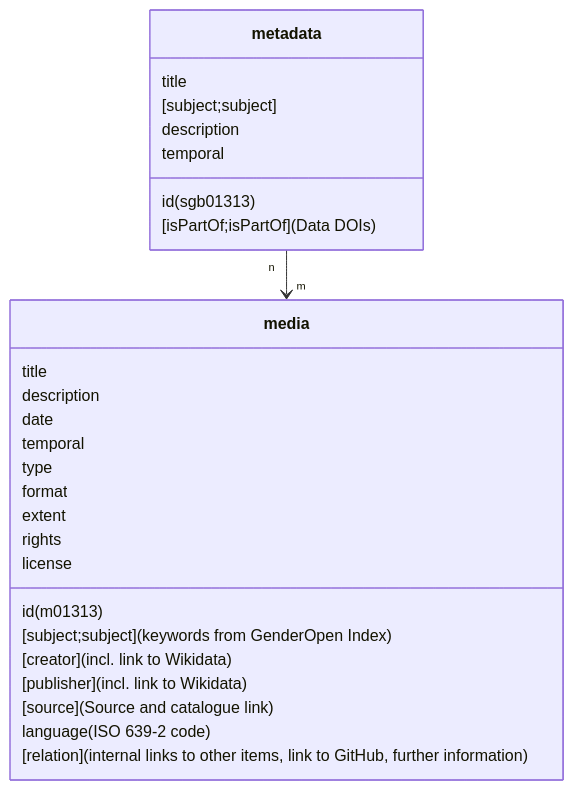
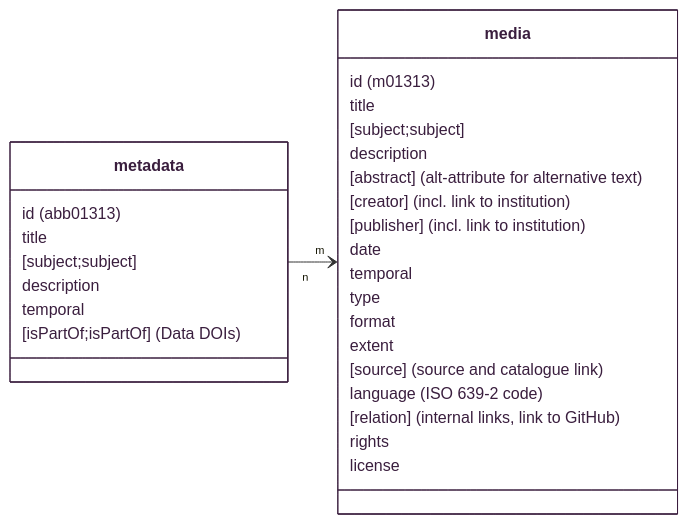
Before and after one commit to CollectionBuilder/collectionbuilder-csv: the diagram in README.md, drawn with Mermaid. The commit also changed other lines of this file and 5 other files, not shown here.

First line of the commit message:
Implement dcterms:abstract support for alt attributes in MEDIA objects (#224)

````diff
--- a/README.md
+++ b/README.md
@@ -56,30 +56,34 @@
 ```mermaid
-classDiagram
-    class metadata {
-        id (sgb01313)
-        title
-        [subject;subject]
-        description
-        temporal
-        [isPartOf;isPartOf] (Data DOIs)
-    }
-    class media {
-        id (m01313)
-        title
-        [subject;subject] (keywords from GenderOpen Index)
-        description
-        [creator] (incl. link to Wikidata)
-        [publisher] (incl. link to Wikidata)
-        date
-        temporal
-        type
-        format
-        extent
-        [source] (Source and catalogue link)
-        language (ISO 639-2 code)
-        [relation] (internal links to other items, link to GitHub, further information)
-        rights
-        license
-    }
+    classDiagram
+    direction LR
+        class metadata {
+            id &lpar;abb01313&rpar;
+            title
+            [subject;subject]
+            description
+            temporal
+            [isPartOf;isPartOf] &lpar;Data DOIs&rpar;
+        }
+        class media {
+            id &lpar;m01313&rpar;
+            title
+            [subject;subject]
+            description
+            [abstract] &lpar;alt-attribute for alternative text&rpar;
+            [creator] &lpar;incl. link to institution&rpar;
+            [publisher] &lpar;incl. link to institution&rpar;
+            date
+            temporal
+            type
+            format
+            extent
+            [source] &lpar;source and catalogue link&rpar;
+            language &lpar;ISO 639-2 code&rpar;
+            [relation] &lpar;internal links, link to GitHub&rpar;
+            rights
+            license
+        }
     metadata "n" --> "m" media
+    style metadata stroke:#3a1e3e,fill:#fff,color:#3a1e3e
+    style media stroke:#3a1e3e,fill:#fff,color:#3a1e3e
 ```
````
